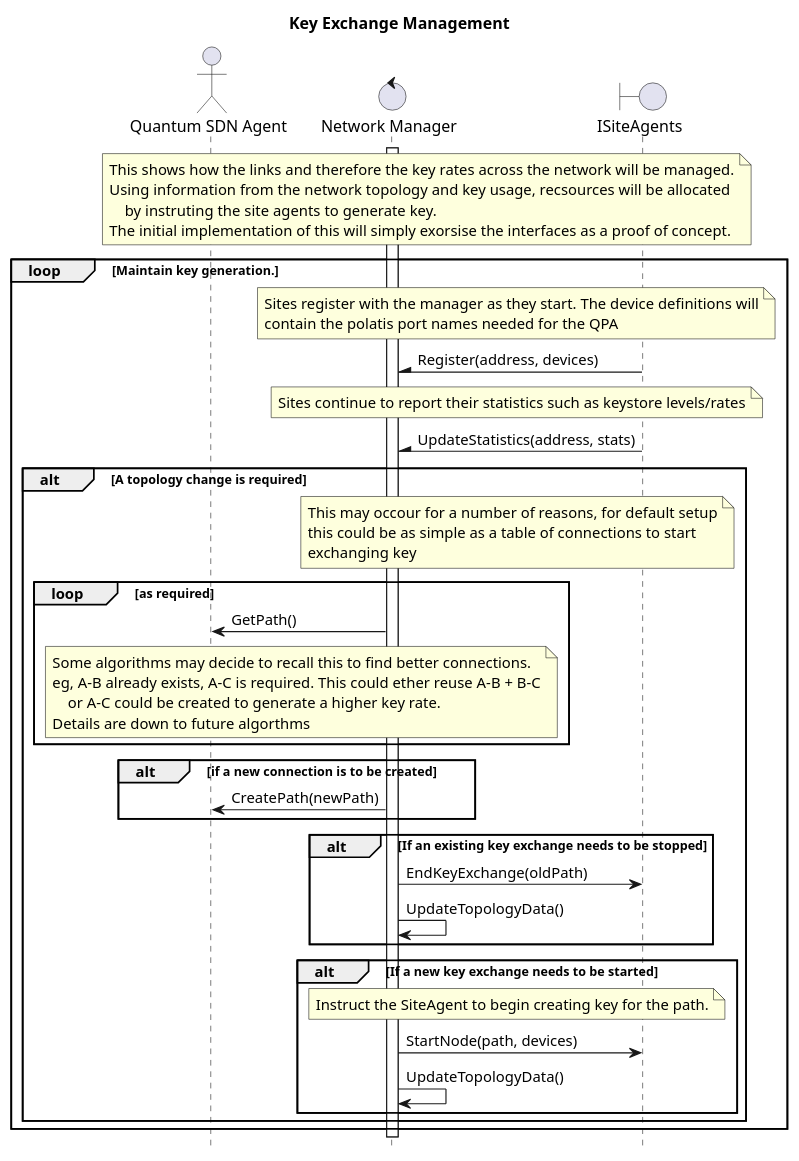
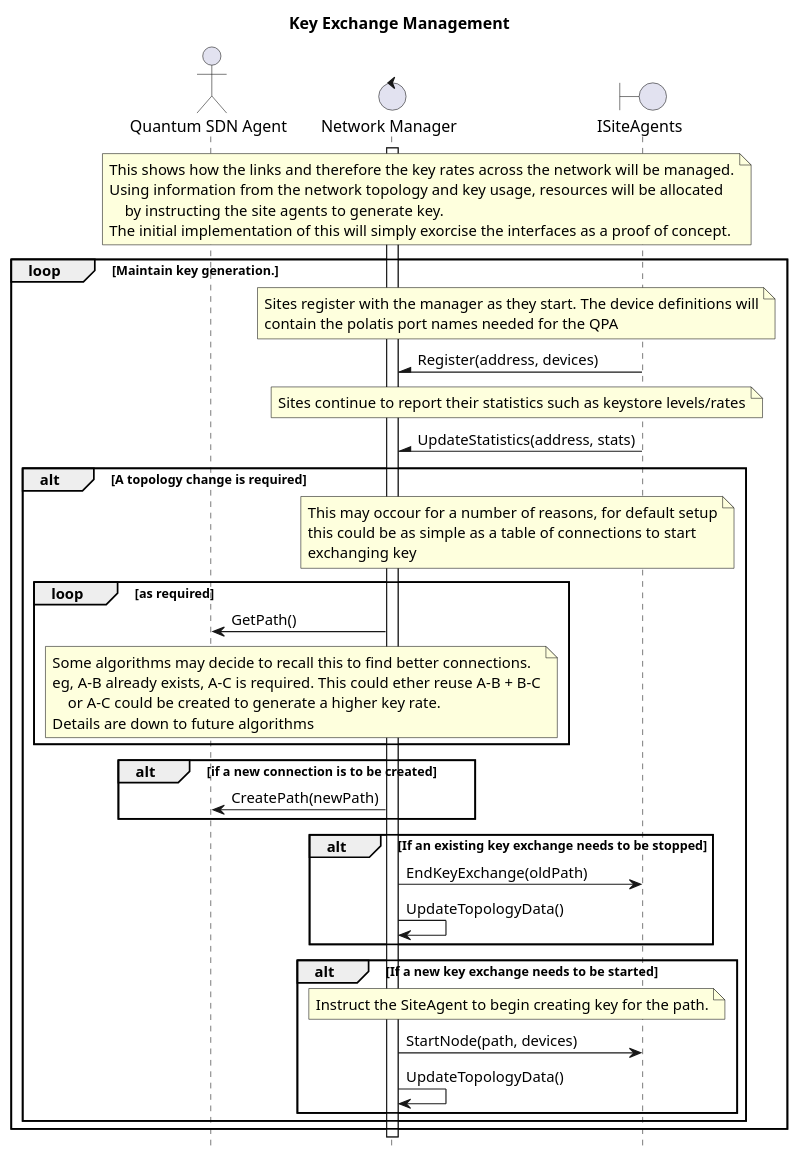
The sixth of 14 diagrams in Tunnels.md (Open-QKD-Network/cqptoolkit), drawn with PlantUML before and after one commit. The commit also changed other lines of this file and 10 other files, not shown here.

```diff
--- a/Tunnels.md
+++ b/Tunnels.md
@@ -257,67 +257,67 @@
     @startuml KeyExchangeManagement
 
         hide footbox
         title Key Exchange Management
 
         actor "Quantum SDN Agent" as qsa
         control "Network Manager" as nm
         boundary "ISiteAgents" as nodeA
 
         note over qsa, nodeA
             This shows how the links and therefore the key rates across the network will be managed.
-            Using information from the network topology and key usage, recsources will be allocated
-                by instruting the site agents to generate key.
-            The initial implementation of this will simply exorsise the interfaces as a proof of concept.
+            Using information from the network topology and key usage, resources will be allocated
+                by instructing the site agents to generate key.
+            The initial implementation of this will simply exorcise the interfaces as a proof of concept.
         end note
 
         activate nm
         loop Maintain key generation.
             note over nm, nodeA
                 Sites register with the manager as they start. The device definitions will
                 contain the polatis port names needed for the QPA
             end note
             nm /- nodeA : Register(address, devices)
 
             note over nm, nodeA
                 Sites continue to report their statistics such as keystore levels/rates
             end note
             nm /- nodeA : UpdateStatistics(address, stats)
 
             alt A topology change is required
                 note over nm, nodeA
                     This may occour for a number of reasons, for default setup
                     this could be as simple as a table of connections to start
                     exchanging key
                 end note
 
                 loop as required
                     nm -> qsa : GetPath()
                     note over qsa, nm
                         Some algorithms may decide to recall this to find better connections.
                         eg, A-B already exists, A-C is required. This could ether reuse A-B + B-C
                             or A-C could be created to generate a higher key rate.
-                        Details are down to future algorthms
+                        Details are down to future algorithms
                     end note
                 end loop
 
                 alt if a new connection is to be created
                     nm -> qsa : CreatePath(newPath)
                 end alt
 
                 alt If an existing key exchange needs to be stopped
                     nm -> nodeA : EndKeyExchange(oldPath)
                     nm -> nm : UpdateTopologyData()
                 end alt
 
                 alt If a new key exchange needs to be started
                     note over nm, nodeA
                         Instruct the SiteAgent to begin creating key for the path.
                     end note
                     nm -> nodeA : StartNode(path, devices)
                     nm -> nm : UpdateTopologyData()
                 end alt
             end alt
         end loop
         deactivate nm
 
     @enduml
```
